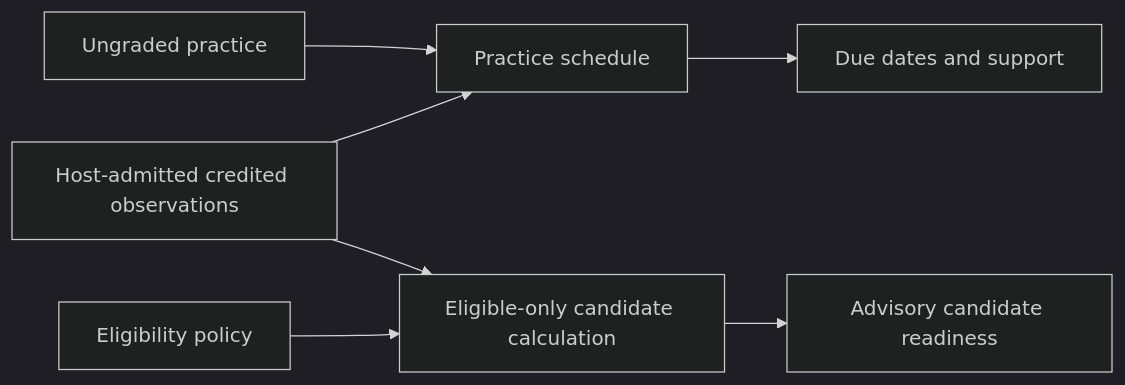
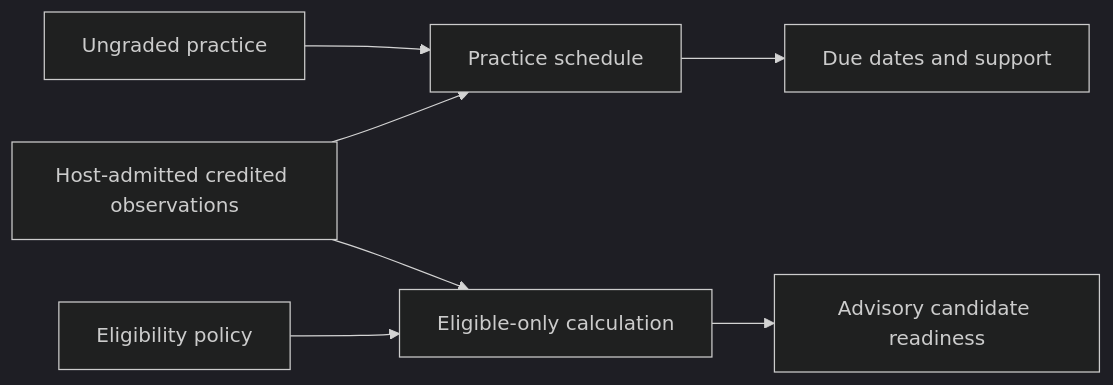
Before and after one commit to 0xbuffdev/retention: the third of 3 diagrams in README.md, drawn with Mermaid (dark theme). The commit also changed other lines of this file, not shown here.

````diff
--- a/README.md
+++ b/README.md
@@ -101,9 +102,9 @@
 ```mermaid
 flowchart LR
     P["Ungraded practice"] --> S["Practice schedule"]
     A["Host-admitted credited observations"] --> S
-    A --> C["Eligible-only candidate calculation"]
+    A --> C["Eligible-only calculation"]
     K["Eligibility policy"] --> C
     S --> D["Due dates and support"]
     C --> R["Advisory candidate readiness"]
 ```
````
